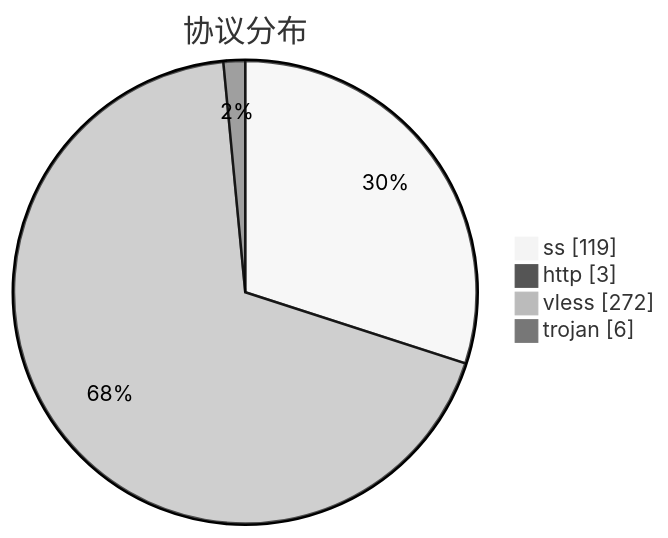
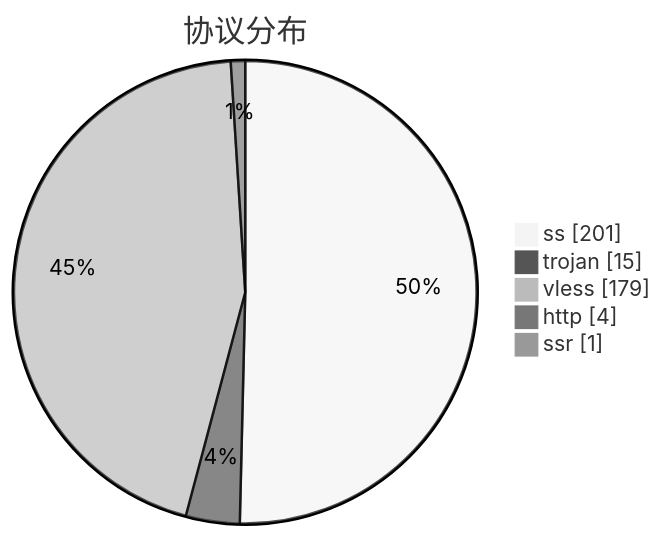
Before and after one commit to qjlxg/airport: the third of 3 diagrams in subs/statistics/tested_within.md, drawn with Mermaid (neutral theme). The commit also changed other lines of this file and 2 other files, not shown here.

````diff
--- a/subs/statistics/tested_within.md
+++ b/subs/statistics/tested_within.md
@@ -18,8 +18,9 @@
 ```mermaid
 pie showData
 title 协议分布
-"ss" : 119
-"http" : 3
-"vless" : 272
-"trojan" : 6
+"ss" : 201
+"trojan" : 15
+"vless" : 179
+"http" : 4
+"ssr" : 1
 ```
````
